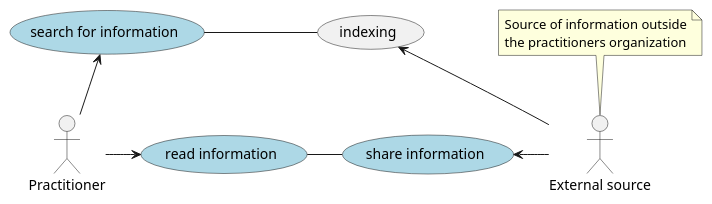
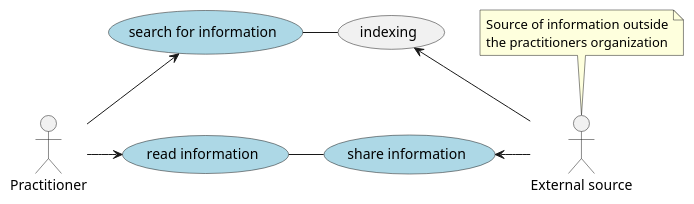
Before and after one commit to HL7Norway/no-domain: the diagram in VitalSigns/input/images-source/main-use-case.plantuml, drawn with PlantUML. The commit also changed 1 other file, not shown here.

Commit message:
plantuml hidden igjen

```diff
--- a/VitalSigns/input/images-source/main-use-case.plantuml
+++ b/VitalSigns/input/images-source/main-use-case.plantuml
@@ -1,53 +1,53 @@
 @startuml
 
 'note "Vitale parametere" as app
 'note "Presentert av applikasjon" as presentasjon
 'note "Assistanse for dokumentasjon\nog koding fra applikasjon" as dokumentasjon
 note "Source of information outside\nthe practitioners organization" as source
 
 "Practitioner" as kliniker
 
 'rectangle "test" as rect {
 "search for information" as (soke) #lightblue
 "indexing" as (indeksere)
 "read information" as (lese) #lightblue
 "share information" as (dele) #lightblue
 
 '(soke) -down[hidden]- (lese)
 '(indeksere) -down[hidden]- (dele)
 "External source" as applikasjon
 applikasjon -left-> indeksere
 applikasjon -left-> dele
 dele -left- lese
 indeksere -left- soke
 source -down- applikasjon
 '}
 'actor "Pasient" as pasient 
 '[API] as api
 '"skrive informasjon" as (skrive) #lightblue
 
-'kliniker -[hidden]right- api
+soke -[hidden]down- lese
 'api -[hidden]right- pasient
 
 kliniker -up-> soke
 'søke <-down- pasient
 
 kliniker -right-> (lese)
 '(lese) <-right- pasient
 'kliniker -down-> (skrive)
 
 'pasient -left-> lese
 'pasient -[hidden]left-> skrive
 'pasient -down-> skrive
 
 '(søke) -down- app
 'app -down- (lese)
 '(lese) -right- app
 'app -down- pasient
 'skrive -down- dokumentasjon
 'lese -down- presentasjon
 
 'api .up. lese
 'api .down. skrive
 
 @enduml
```
